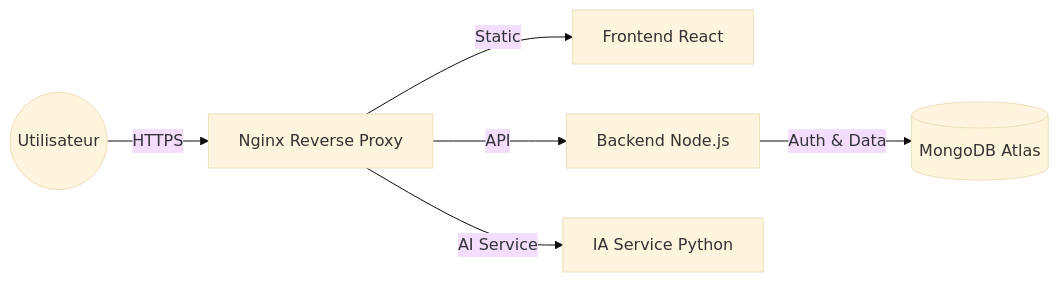
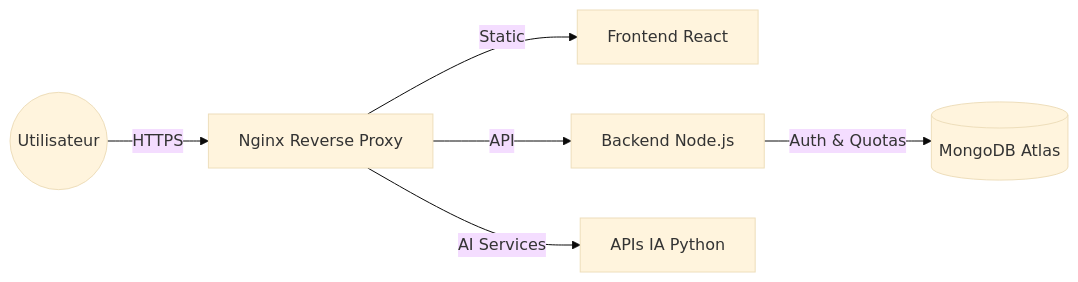
One commit to yannis-fontaine/saas-detourage changed the diagram in README.md. Above: the diagram before and after it, drawn with Mermaid (base theme). The commit also changed other lines of this file and 4 other files, not shown here.

````diff
--- a/README.md
+++ b/README.md
@@ -29,8 +36,8 @@
 ```mermaid
 graph LR
     User((Utilisateur)) -->|HTTPS| Nginx[Nginx Reverse Proxy]
     Nginx -->|Static| React[Frontend React]
     Nginx -->|API| Node[Backend Node.js]
-    Nginx -->|AI Service| Python[IA Service Python]
-    Node -->|Auth & Data| Mongo[(MongoDB Atlas)]
+    Nginx -->|AI Services| Python[APIs IA Python]
+    Node -->|Auth & Quotas| Mongo[(MongoDB Atlas)]
 ```
````
